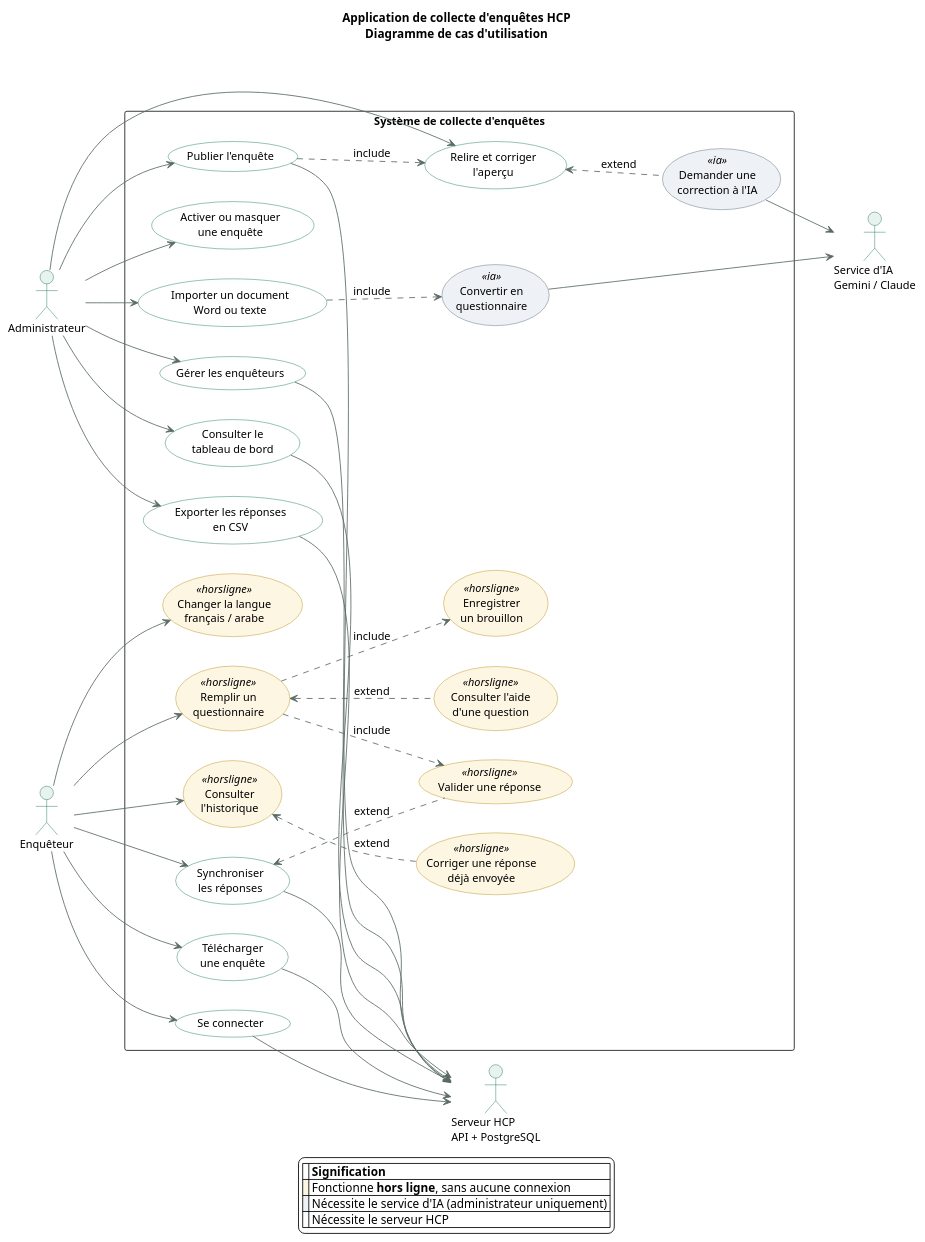
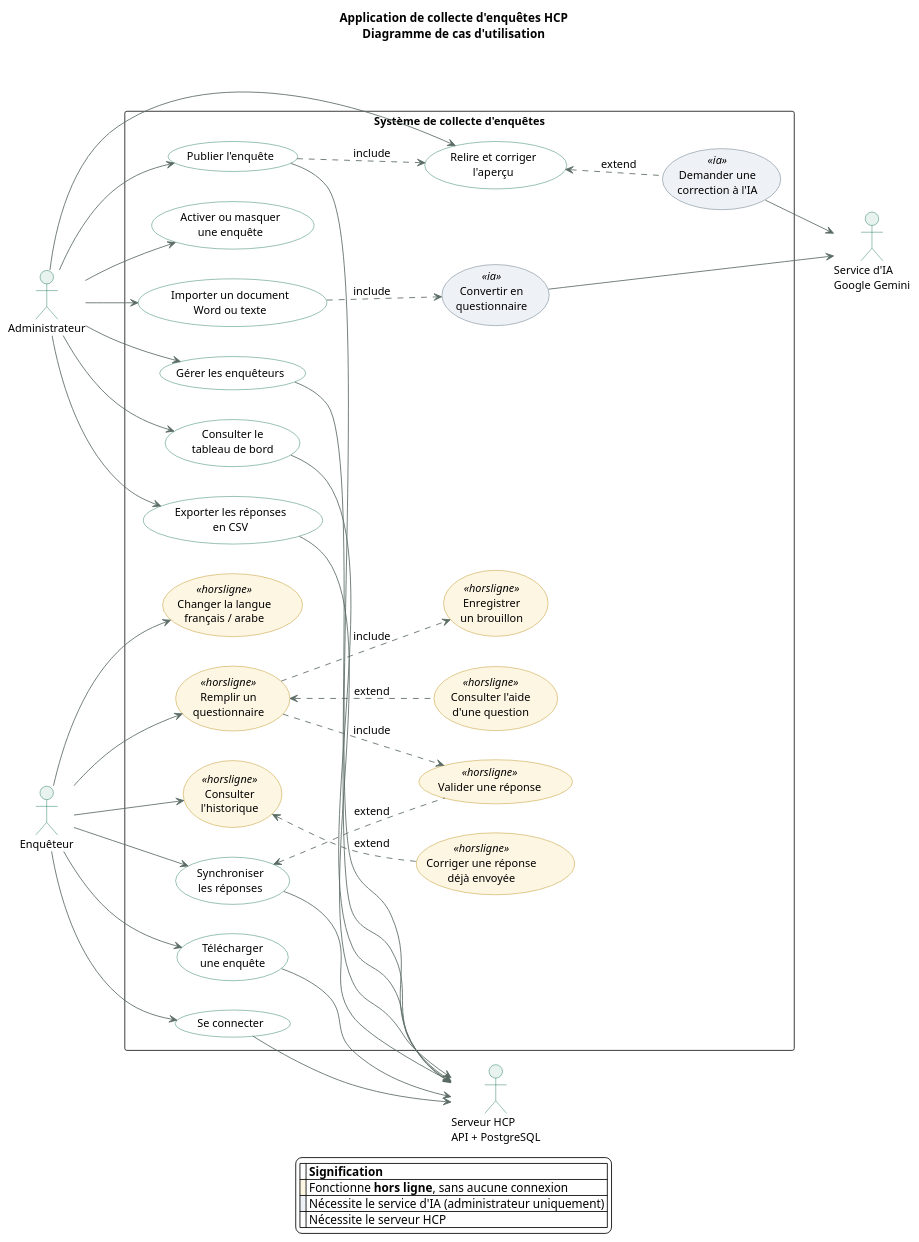
The diagram in docs/diagrammes/cas-utilisation.puml (matrix049/hcp), drawn with PlantUML before and after one commit. The commit also changed 1 other file, not shown here.

Commit message:
Correct two stale facts in the diagrams
The use case diagram still named Claude as an actor: the edit that removed it
had no assertion behind it and failed silently while reporting success. The
pipeline diagram claimed Gemini rotates over three models; the list holds
five.

Both were caught by checking each diagram claim against the code rather than
against the commit that was supposed to have changed it - the batch size, the
upload cap, the retry ceiling and every use case were verified the same way,
and those were accurate.

```diff
--- a/docs/diagrammes/cas-utilisation.puml
+++ b/docs/diagrammes/cas-utilisation.puml
@@ -1,113 +1,113 @@
 @startuml
 ' ═══════════════════════════════════════════════════════════════
 '  DIAGRAMME DE CAS D'UTILISATION
 '  Application de collecte d'enquêtes — HCP, Direction de la Statistique
 '
 '  Pour obtenir l'image : coller ce fichier sur
 '  https://www.plantuml.com/plantuml/uml   puis PNG ou SVG.
 ' ═══════════════════════════════════════════════════════════════
 
 title Application de collecte d'enquêtes HCP\nDiagramme de cas d'utilisation
 
 skinparam backgroundColor #FFFFFF
 skinparam shadowing false
 skinparam defaultFontName Segoe UI
 skinparam defaultFontSize 13
 skinparam ArrowColor #5A6B64
 
 skinparam actor {
   BorderColor #0B6E4F
   BackgroundColor #E8F2EE
 }
 skinparam usecase {
   BorderColor #0B6E4F
   BackgroundColor #FFFFFF
   BorderColor<<horsligne>> #B8860B
   BackgroundColor<<horsligne>> #FDF6E3
   BorderColor<<ia>> #4C6072
   BackgroundColor<<ia>> #EEF2F6
 }
 
 left to right direction
 
 ' ─────────── Acteurs principaux (des personnes) ───────────
 actor "Administrateur" as ADMIN
 actor "Enquêteur" as AGENT
 
 ' ─────────── Acteurs secondaires (des systèmes) ───────────
-actor "Service d'IA\nGemini / Claude" as LLM
+actor "Service d'IA\nGoogle Gemini" as LLM
 actor "Serveur HCP\nAPI + PostgreSQL" as SERVER
 
 rectangle "Système de collecte d'enquêtes" {
 
   ' ═══ Espace d'administration ═══
   usecase "Importer un document\nWord ou texte" as UC_IMPORT
   usecase "Convertir en\nquestionnaire" as UC_CONVERT <<ia>>
   usecase "Relire et corriger\nl'aperçu" as UC_REVIEW
   usecase "Demander une\ncorrection à l'IA" as UC_ASKAI <<ia>>
   usecase "Publier l'enquête" as UC_PUBLISH
   usecase "Activer ou masquer\nune enquête" as UC_TOGGLE
   usecase "Gérer les enquêteurs" as UC_AGENTS
   usecase "Consulter le\ntableau de bord" as UC_DASH
   usecase "Exporter les réponses\nen CSV" as UC_EXPORT
 
   ' ═══ Application de l'enquêteur ═══
   usecase "Se connecter" as UC_LOGIN
   usecase "Télécharger\nune enquête" as UC_DOWNLOAD
   usecase "Remplir un\nquestionnaire" as UC_FILL <<horsligne>>
   usecase "Enregistrer\nun brouillon" as UC_DRAFT <<horsligne>>
   usecase "Consulter l'aide\nd'une question" as UC_HELP <<horsligne>>
   usecase "Valider une réponse" as UC_FINAL <<horsligne>>
   usecase "Consulter\nl'historique" as UC_HIST <<horsligne>>
   usecase "Corriger une réponse\ndéjà envoyée" as UC_CORRECT <<horsligne>>
   usecase "Changer la langue\nfrançais / arabe" as UC_LANG <<horsligne>>
   usecase "Synchroniser\nles réponses" as UC_SYNC
 }
 
 ' ─────────── Ce que fait l'administrateur ───────────
 ADMIN --> UC_IMPORT
 ADMIN --> UC_REVIEW
 ADMIN --> UC_PUBLISH
 ADMIN --> UC_TOGGLE
 ADMIN --> UC_AGENTS
 ADMIN --> UC_DASH
 ADMIN --> UC_EXPORT
 
 UC_IMPORT ..> UC_CONVERT : include
 UC_PUBLISH ..> UC_REVIEW : include
 UC_REVIEW <.. UC_ASKAI : extend
 
 ' ─────────── Ce que fait l'enquêteur ───────────
 AGENT --> UC_LOGIN
 AGENT --> UC_DOWNLOAD
 AGENT --> UC_FILL
 AGENT --> UC_HIST
 AGENT --> UC_SYNC
 AGENT --> UC_LANG
 
 UC_FILL ..> UC_DRAFT : include
 UC_FILL ..> UC_FINAL : include
 UC_FILL <.. UC_HELP : extend
 UC_HIST <.. UC_CORRECT : extend
 UC_SYNC <.. UC_FINAL : extend
 
 ' ─────────── Ce que le système appelle à l'extérieur ───────────
 UC_CONVERT --> LLM
 UC_ASKAI --> LLM
 
 UC_PUBLISH --> SERVER
 UC_DASH --> SERVER
 UC_EXPORT --> SERVER
 UC_AGENTS --> SERVER
 UC_LOGIN --> SERVER
 UC_DOWNLOAD --> SERVER
 UC_SYNC --> SERVER
 
 legend bottom
 |= |= Signification |
 |<#FDF6E3>  | Fonctionne **hors ligne**, sans aucune connexion |
 |<#EEF2F6>  | Nécessite le service d'IA (administrateur uniquement) |
 |<#FFFFFF>  | Nécessite le serveur HCP |
 endlegend
 
 @enduml
```
